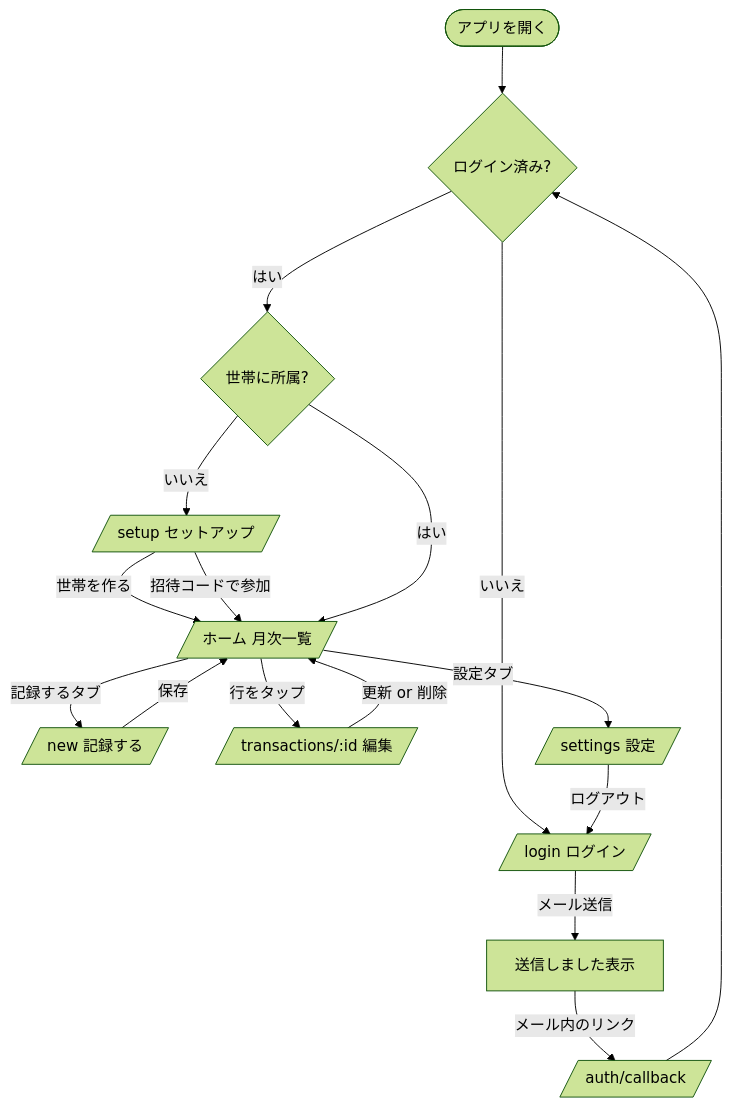
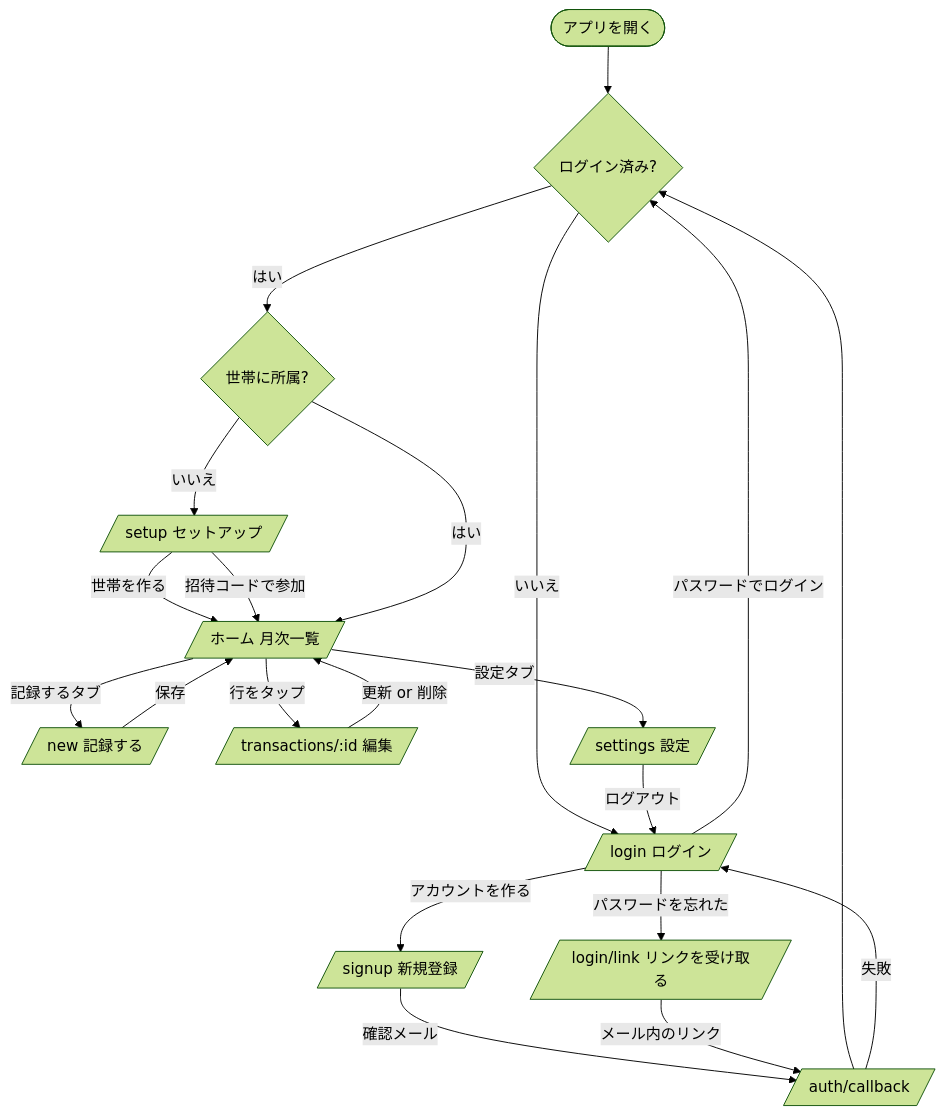
One commit to arize-matsuda/monely changed the diagram in docs/02-design/ui-ux-design.md. Above: the diagram before and after it, drawn with Mermaid (forest theme). The commit also changed other lines of this file and 21 other files, not shown here.

````diff
--- a/docs/02-design/ui-ux-design.md
+++ b/docs/02-design/ui-ux-design.md
@@ -41,19 +45,23 @@
 ```mermaid
 flowchart TD
     Start([アプリを開く]) --> Auth{ログイン済み?}
     Auth -- いいえ --> Login[/login ログイン/]
-    Login -- メール送信 --> Sent[送信しました表示]
-    Sent -- メール内のリンク --> Callback[/auth/callback/]
+    Login -- パスワードでログイン --> Auth
+    Login -- アカウントを作る --> Signup[/signup 新規登録/]
+    Signup -- 確認メール --> Callback[/auth/callback/]
+    Login -- パスワードを忘れた --> MagicLink[/login/link リンクを受け取る/]
+    MagicLink -- メール内のリンク --> Callback
     Callback --> Auth
+    Callback -- 失敗 --> Login
     Auth -- はい --> HasHousehold{世帯に所属?}
     HasHousehold -- いいえ --> Setup[/setup セットアップ/]
     Setup -- 世帯を作る --> Home
     Setup -- 招待コードで参加 --> Home
     HasHousehold -- はい --> Home[/ ホーム 月次一覧/]
     Home -- 記録するタブ --> New[/new 記録する/]
     New -- 保存 --> Home
     Home -- 行をタップ --> Detail[/transactions/:id 編集/]
     Detail -- 更新 or 削除 --> Home
     Home -- 設定タブ --> Settings[/settings 設定/]
     Settings -- ログアウト --> Login
 ```
````
